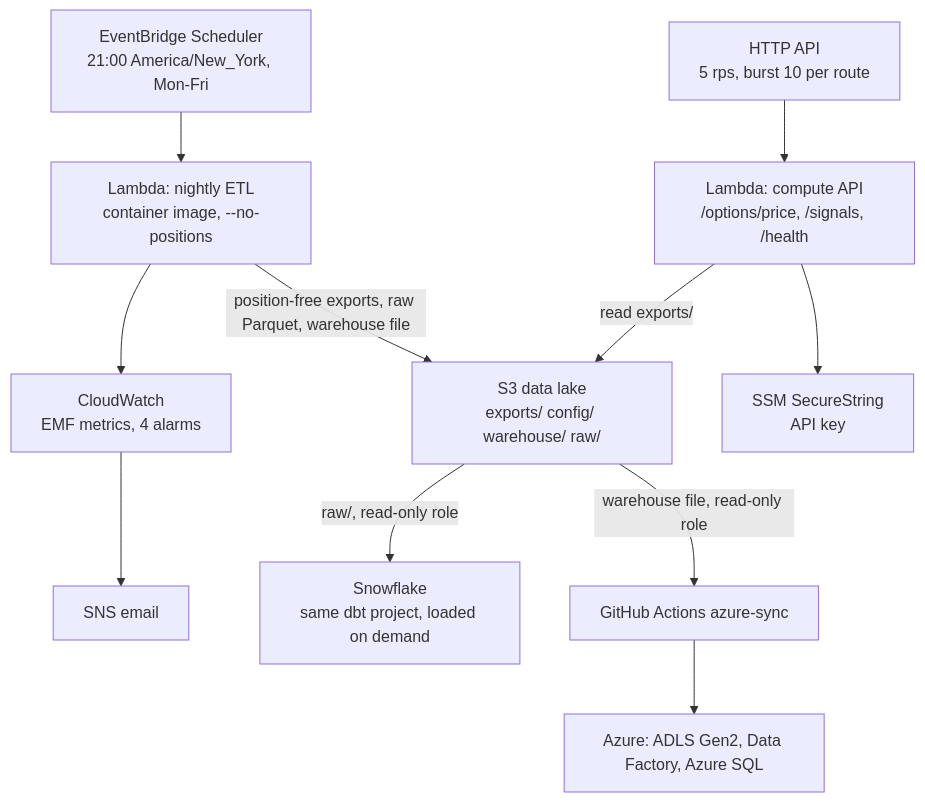
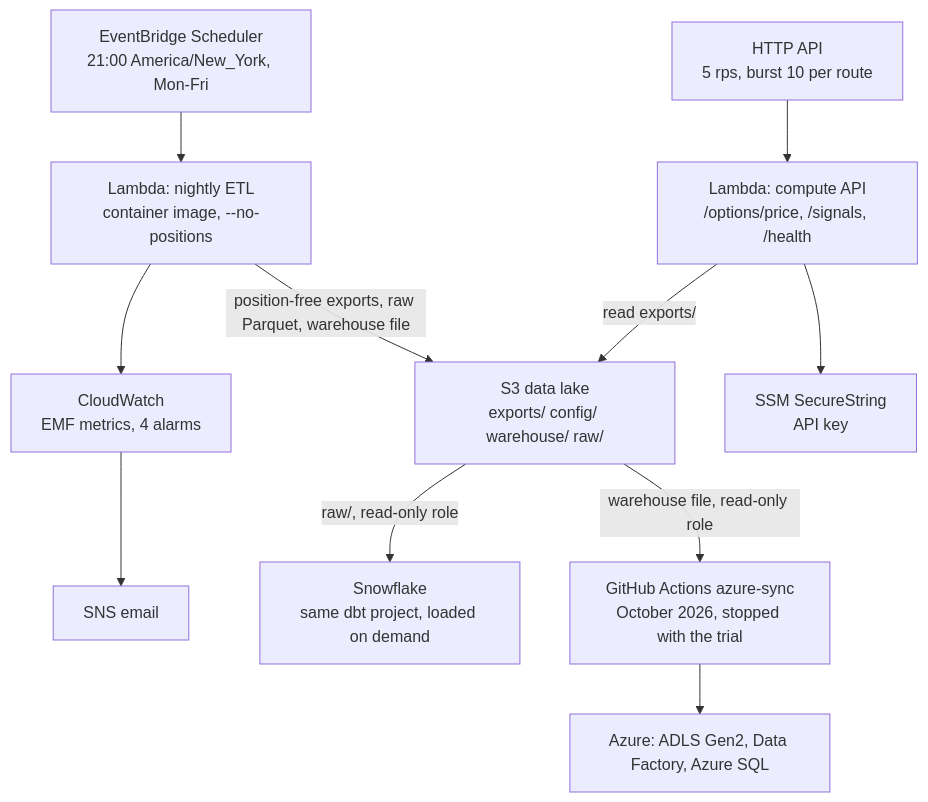
The seventh of 10 diagrams in README.md (C0k11/quantai), drawn with Mermaid before and after one commit. The commit also changed other lines of this file, not shown here.

Commit message:
docs: Azure load ran through October; trial ended, workflow disabled

````diff
--- a/README.md
+++ b/README.md
@@ -319,13 +320,13 @@
 ```mermaid
 flowchart TB
     EB["EventBridge Scheduler<br/>21:00 America/New_York, Mon-Fri"] --> ETL["Lambda: nightly ETL<br/>container image, --no-positions"]
     ETL -->|"position-free exports, raw Parquet, warehouse file"| S3["S3 data lake<br/>exports/ config/ warehouse/ raw/"]
     ETL --> CW["CloudWatch<br/>EMF metrics, 4 alarms"]
     CW --> SNS["SNS email"]
     GW["HTTP API<br/>5 rps, burst 10 per route"] --> FN["Lambda: compute API<br/>/options/price, /signals, /health"]
     FN -->|"read exports/"| S3
     FN --> SSM["SSM SecureString<br/>API key"]
     S3 -->|"raw/, read-only role"| SF["Snowflake<br/>same dbt project, loaded on demand"]
-    S3 -->|"warehouse file, read-only role"| GHA["GitHub Actions azure-sync"]
+    S3 -->|"warehouse file, read-only role"| GHA["GitHub Actions azure-sync<br/>October 2026, stopped with the trial"]
     GHA --> AZ["Azure: ADLS Gen2, Data Factory, Azure SQL"]
 ```
````
